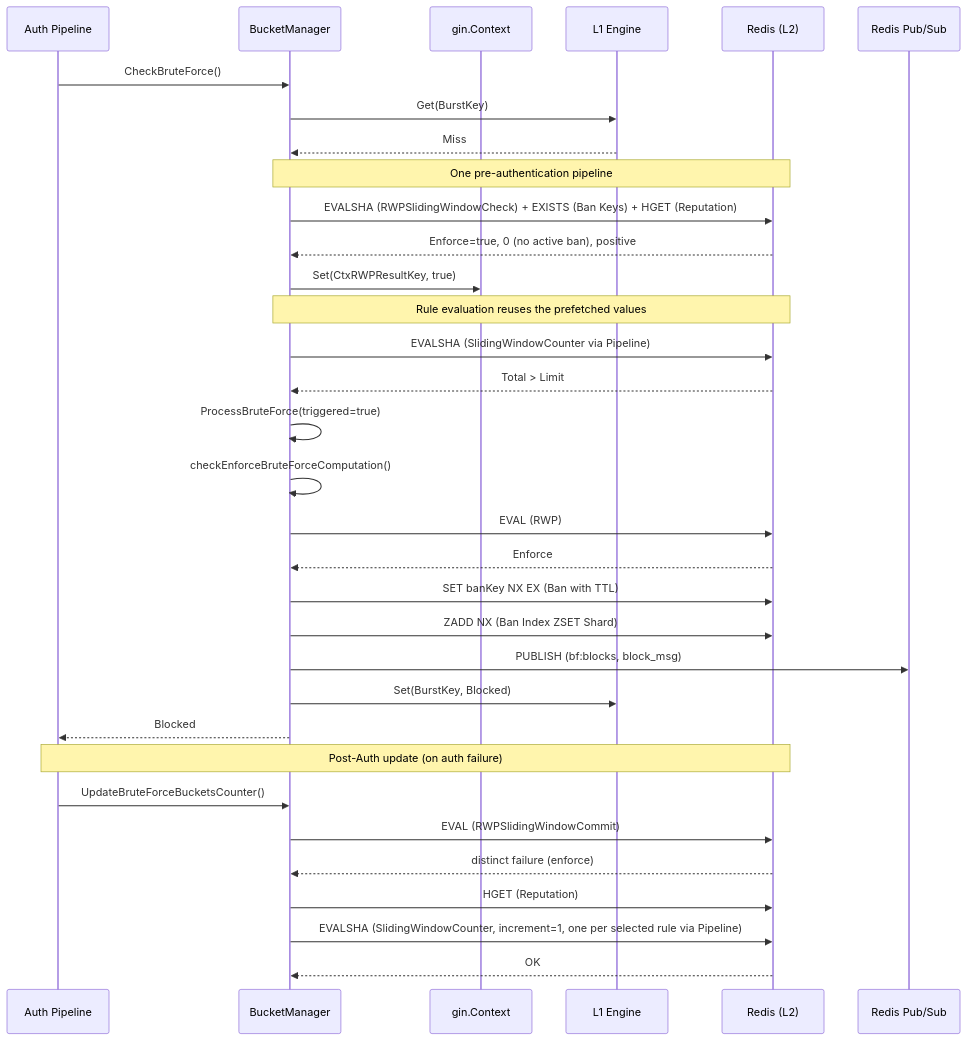
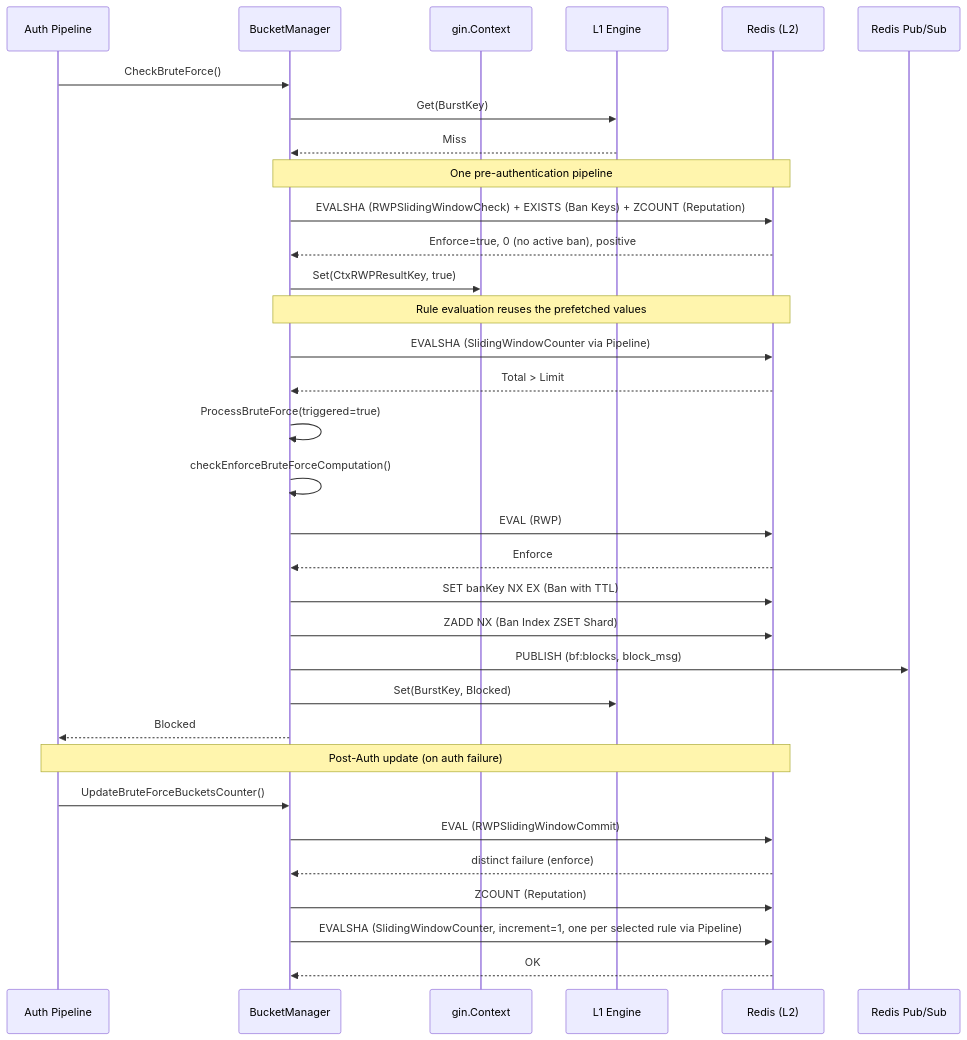
One commit to croessner/nauthilus changed the third of 3 diagrams in server/docs/bruteforce_protection.md. Above: the diagram before and after it, drawn with Mermaid. The commit also changed other lines of this file and 21 other files, not shown here.

````diff
--- a/server/docs/bruteforce_protection.md
+++ b/server/docs/bruteforce_protection.md
@@ -249,36 +251,36 @@
 ```mermaid
 sequenceDiagram
     participant C as Auth Pipeline
     participant BM as BucketManager
     participant Ctx as gin.Context
     participant L1 as L1 Engine
     participant R as Redis (L2)
     participant PS as Redis Pub/Sub
 
     C->>BM: CheckBruteForce()
     BM->>L1: Get(BurstKey)
     L1-->>BM: Miss
     Note over BM, R: One pre-authentication pipeline
-    BM ->> R: EVALSHA (RWPSlidingWindowCheck) + EXISTS (Ban Keys) + HGET (Reputation)
+    BM ->> R: EVALSHA (RWPSlidingWindowCheck) + EXISTS (Ban Keys) + ZCOUNT (Reputation)
     R -->> BM: Enforce=true, 0 (no active ban), positive
     BM ->> Ctx: Set(CtxRWPResultKey, true)
     Note over BM, R: Rule evaluation reuses the prefetched values
     BM->>R: EVALSHA (SlidingWindowCounter via Pipeline)
     R-->>BM: Total > Limit
     BM->>BM: ProcessBruteForce(triggered=true)
     BM->>BM: checkEnforceBruteForceComputation()
     BM ->> R: EVAL (RWP)
     R-->>BM: Enforce
     BM ->> R: SET banKey NX EX (Ban with TTL)
     BM ->> R: ZADD NX (Ban Index ZSET Shard)
     BM->>PS: PUBLISH (bf:blocks, block_msg)
     BM->>L1: Set(BurstKey, Blocked)
     BM-->>C: Blocked
     Note over C, R: Post-Auth update (on auth failure)
     C ->> BM: UpdateBruteForceBucketsCounter()
     BM ->> R: EVAL (RWPSlidingWindowCommit)
     R -->> BM: distinct failure (enforce)
-    BM ->> R: HGET (Reputation)
+    BM ->> R: ZCOUNT (Reputation)
     BM ->> R: EVALSHA (SlidingWindowCounter, increment=1, one per selected rule via Pipeline)
     R -->> BM: OK
 ```
````
